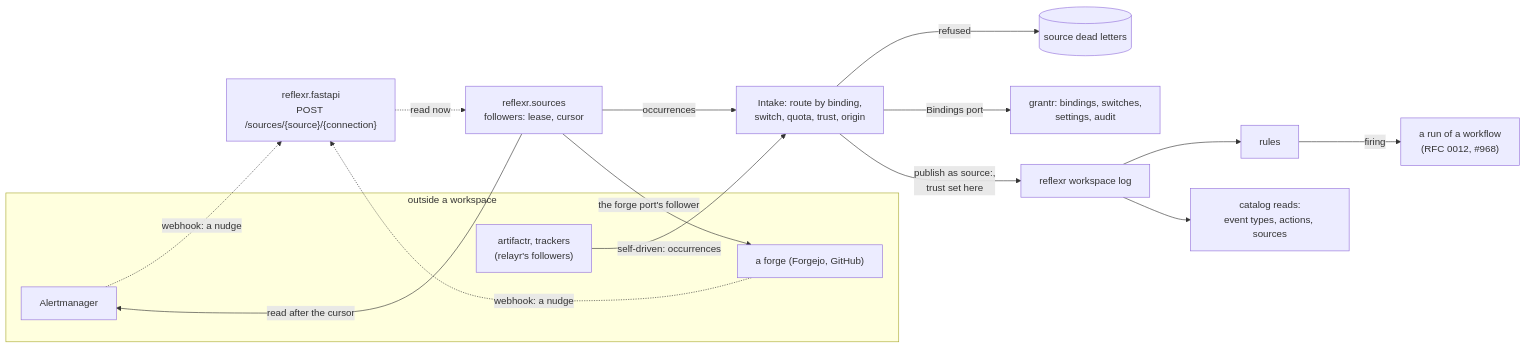
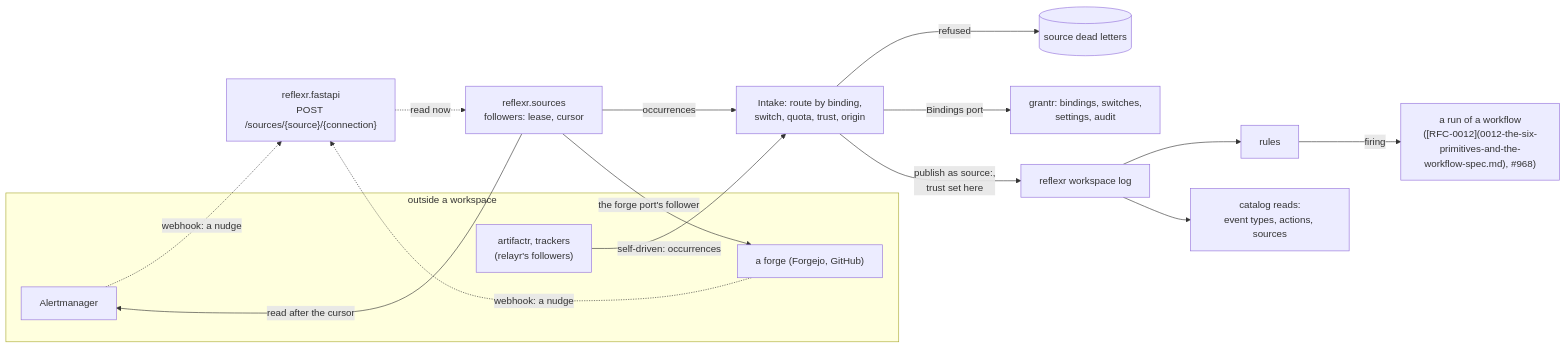
Before and after one commit to alexnodeland/lattice: the diagram in docs/rfcs/0013-event-sources-stored-workflows-and-reflexrs-catalog.md, drawn with Mermaid. The commit also changed other lines of this file, not shown here.

First line of the commit message:
docs(rfc): align RFC 0013 with RFC-0011's decision O13 and link 0011 and 0012

````diff
--- a/docs/rfcs/0013-event-sources-stored-workflows-and-reflexrs-catalog.md
+++ b/docs/rfcs/0013-event-sources-stored-workflows-and-reflexrs-catalog.md
@@ -39,20 +39,20 @@
 ```mermaid
 graph LR
     subgraph outside["outside a workspace"]
         AM["Alertmanager"]
         FG["a forge (Forgejo, GitHub)"]
         AR["artifactr, trackers<br/>(relayr's followers)"]
     end
     AM -. "webhook: a nudge" .-> hook["reflexr.fastapi<br/>POST /sources/{source}/{connection}"]
     FG -. "webhook: a nudge" .-> hook
     hook -. "read now" .-> fol["reflexr.sources<br/>followers: lease, cursor"]
     fol -- "read after the cursor" --> AM
     fol -- "the forge port's follower" --> FG
     fol -- "occurrences" --> intake["Intake: route by binding,<br/>switch, quota, trust, origin"]
     AR -- "self-driven: occurrences" --> intake
     intake -- "refused" --> dl[("source dead letters")]
     intake -- "Bindings port" --> gr["grantr: bindings, switches,<br/>settings, audit"]
     intake -- "publish as source:<name>,<br/>trust set here" --> ws["reflexr workspace log"]
-    ws --> rules["rules"] -- "firing" --> run["a run of a workflow<br/>(RFC 0012, #968)"]
+    ws --> rules["rules"] -- "firing" --> run["a run of a workflow<br/>([RFC-0012](0012-the-six-primitives-and-the-workflow-spec.md), #968)"]
     ws --> cat["catalog reads:<br/>event types, actions, sources"]
 ```
````
